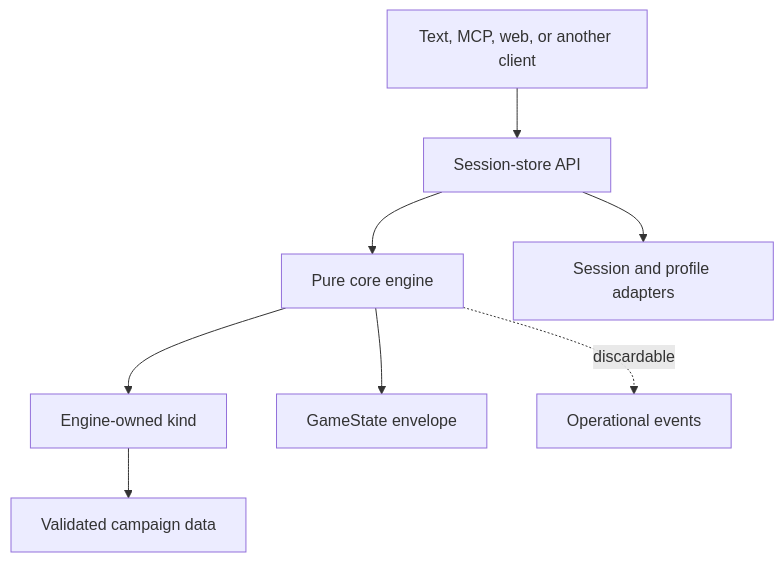
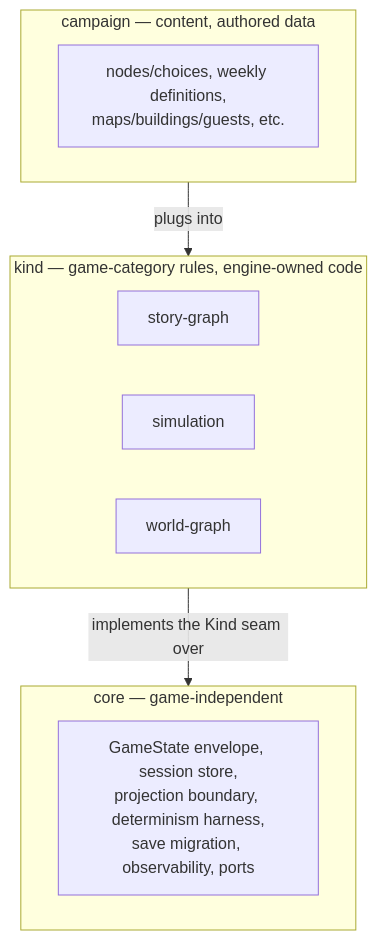
Before and after one commit to The-Running-Dev/SubZeroDev.GameEngine: the first of 4 diagrams in docs/docs/guide.md, drawn with Mermaid. The commit also changed other lines of this file, not shown here.

````diff
--- a/docs/docs/guide.md
+++ b/docs/docs/guide.md
@@ -69,10 +67,16 @@
 ```mermaid
-flowchart TD
-  Client["Text, MCP, web, or another client"] --> Store["Session-store API"]
-  Store --> Engine["Pure core engine"]
-  Engine --> Kind["Engine-owned kind"]
-  Kind --> Campaign["Validated campaign data"]
-  Engine --> State["GameState envelope"]
-  Store --> Persistence["Session and profile adapters"]
-  Engine -. discardable .-> Events["Operational events"]
+flowchart TB
+    subgraph Core["core — game-independent"]
+        Envelope["GameState envelope, session store,\nprojection boundary, determinism harness,\nsave migration, observability, ports"]
+    end
+    subgraph Kind["kind — game-category rules, engine-owned code"]
+        StoryGraph["story-graph"]
+        Simulation["simulation"]
+        WorldGraph["world-graph"]
+    end
+    subgraph Campaign["campaign — content, authored data"]
+        Data["nodes/choices, weekly definitions,\nmaps/buildings/guests, etc."]
+    end
+    Campaign -->|plugs into| Kind
+    Kind -->|implements the Kind seam over| Core
 ```
````
